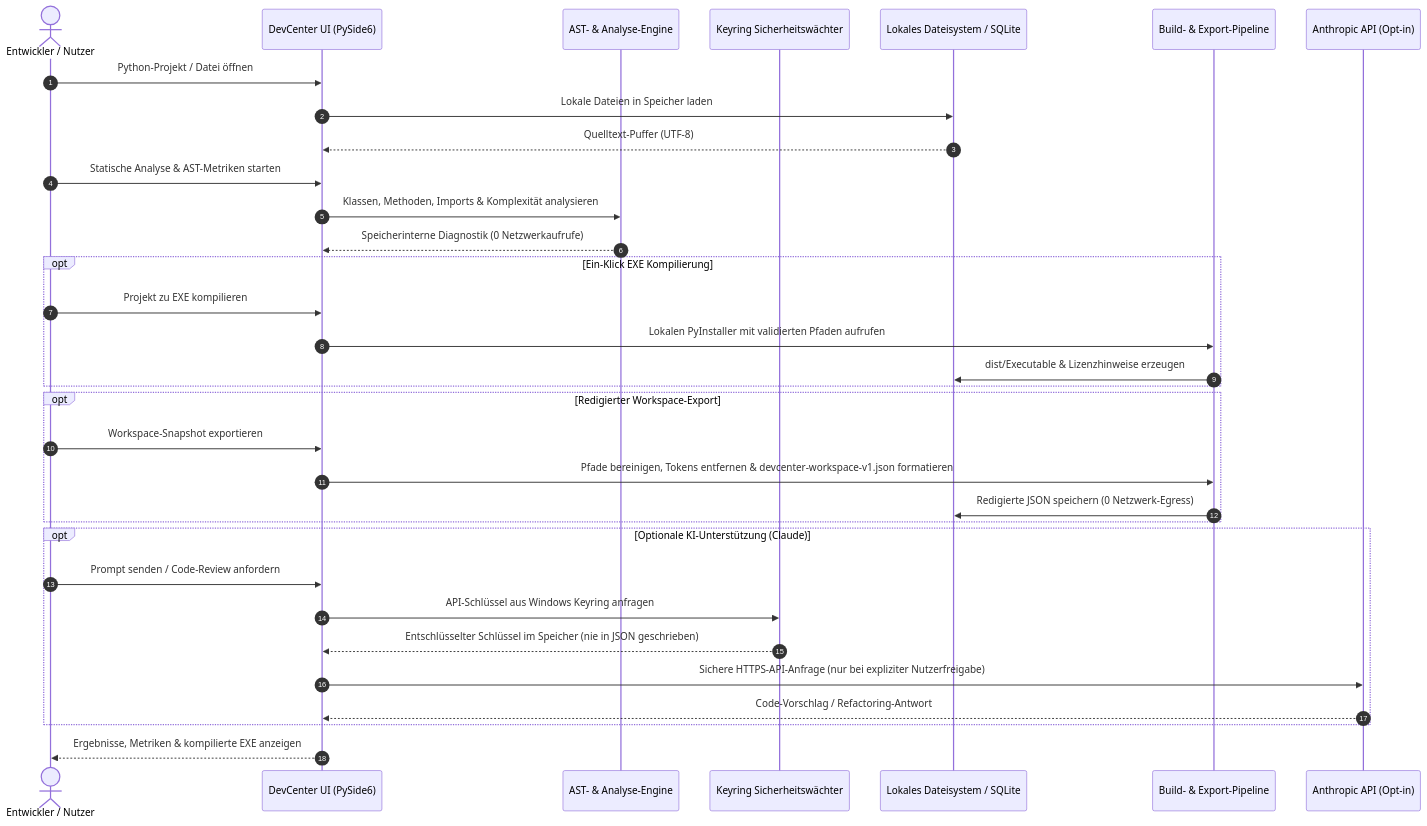
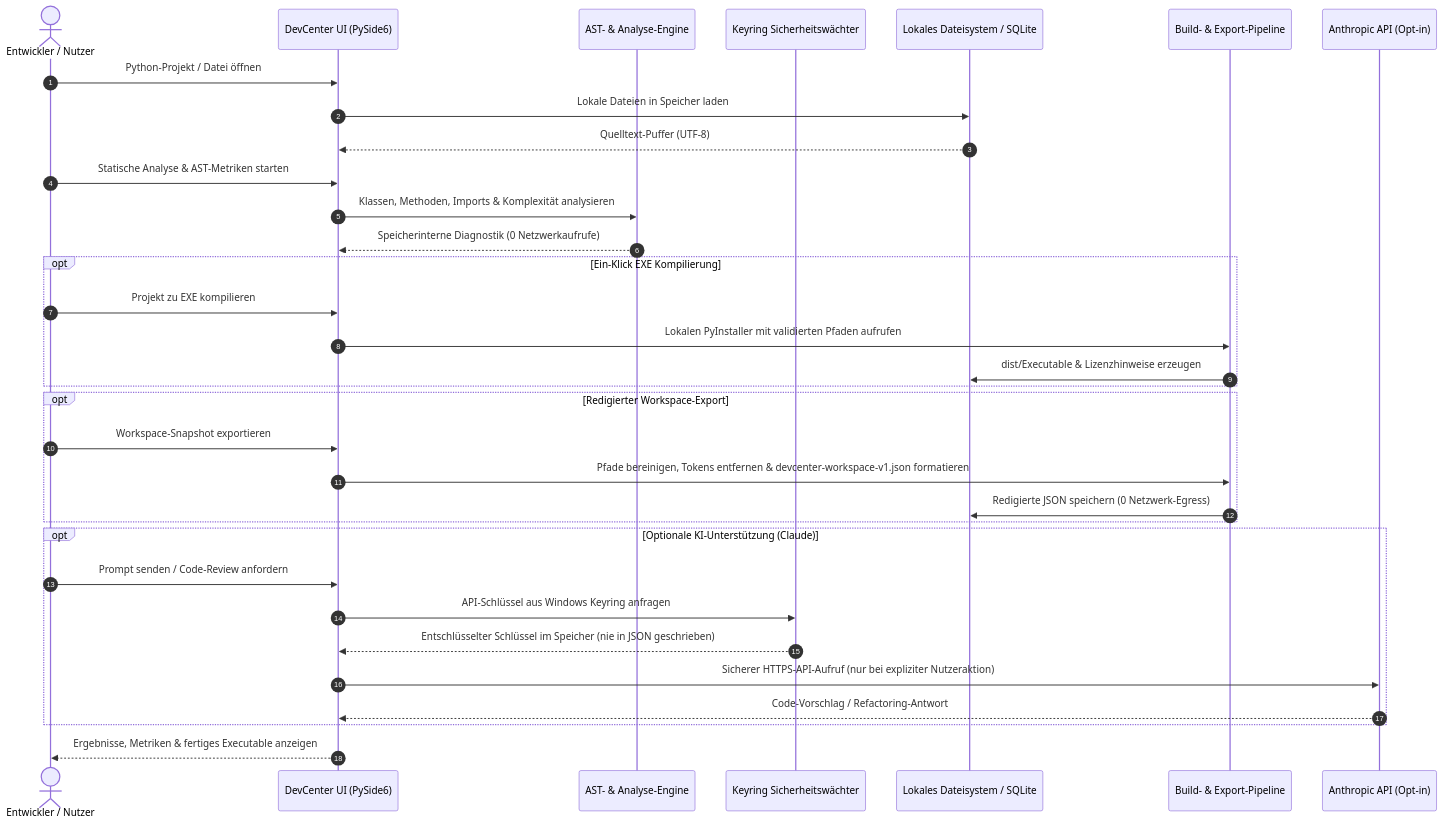
The second of 2 diagrams in README_de.md (dev-bricks/DevCenter), drawn with Mermaid before and after one commit. The commit also changed other lines of this file and 14 other files, not shown here.

````diff
--- a/README_de.md
+++ b/README_de.md
@@ -87,41 +110,41 @@
 ```mermaid
 sequenceDiagram
     autonumber
     actor Dev as Entwickler / Nutzer
     participant App as DevCenter UI (PySide6)
     participant Core as AST- & Analyse-Engine
     participant Sec as Keyring Sicherheitswächter
     participant Disk as Lokales Dateisystem / SQLite
     participant Dist as Build- & Export-Pipeline
     participant Ext as Anthropic API (Opt-in)
 
     Dev->>App: Python-Projekt / Datei öffnen
     App->>Disk: Lokale Dateien in Speicher laden
     Disk-->>App: Quelltext-Puffer (UTF-8)
 
     Dev->>App: Statische Analyse & AST-Metriken starten
     App->>Core: Klassen, Methoden, Imports & Komplexität analysieren
     Core-->>App: Speicherinterne Diagnostik (0 Netzwerkaufrufe)
 
     opt Ein-Klick EXE Kompilierung
         Dev->>App: Projekt zu EXE kompilieren
         App->>Dist: Lokalen PyInstaller mit validierten Pfaden aufrufen
         Dist->>Disk: dist/Executable & Lizenzhinweise erzeugen
     end
 
     opt Redigierter Workspace-Export
         Dev->>App: Workspace-Snapshot exportieren
         App->>Dist: Pfade bereinigen, Tokens entfernen & devcenter-workspace-v1.json formatieren
         Dist->>Disk: Redigierte JSON speichern (0 Netzwerk-Egress)
     end
 
     opt Optionale KI-Unterstützung (Claude)
         Dev->>App: Prompt senden / Code-Review anfordern
         App->>Sec: API-Schlüssel aus Windows Keyring anfragen
         Sec-->>App: Entschlüsselter Schlüssel im Speicher (nie in JSON geschrieben)
-        App->>Ext: Sichere HTTPS-API-Anfrage (nur bei expliziter Nutzerfreigabe)
+        App->>Ext: Sicherer HTTPS-API-Aufruf (nur bei expliziter Nutzeraktion)
         Ext-->>App: Code-Vorschlag / Refactoring-Antwort
     end
 
-    App-->>Dev: Ergebnisse, Metriken & kompilierte EXE anzeigen
+    App-->>Dev: Ergebnisse, Metriken & fertiges Executable anzeigen
 ```
````
